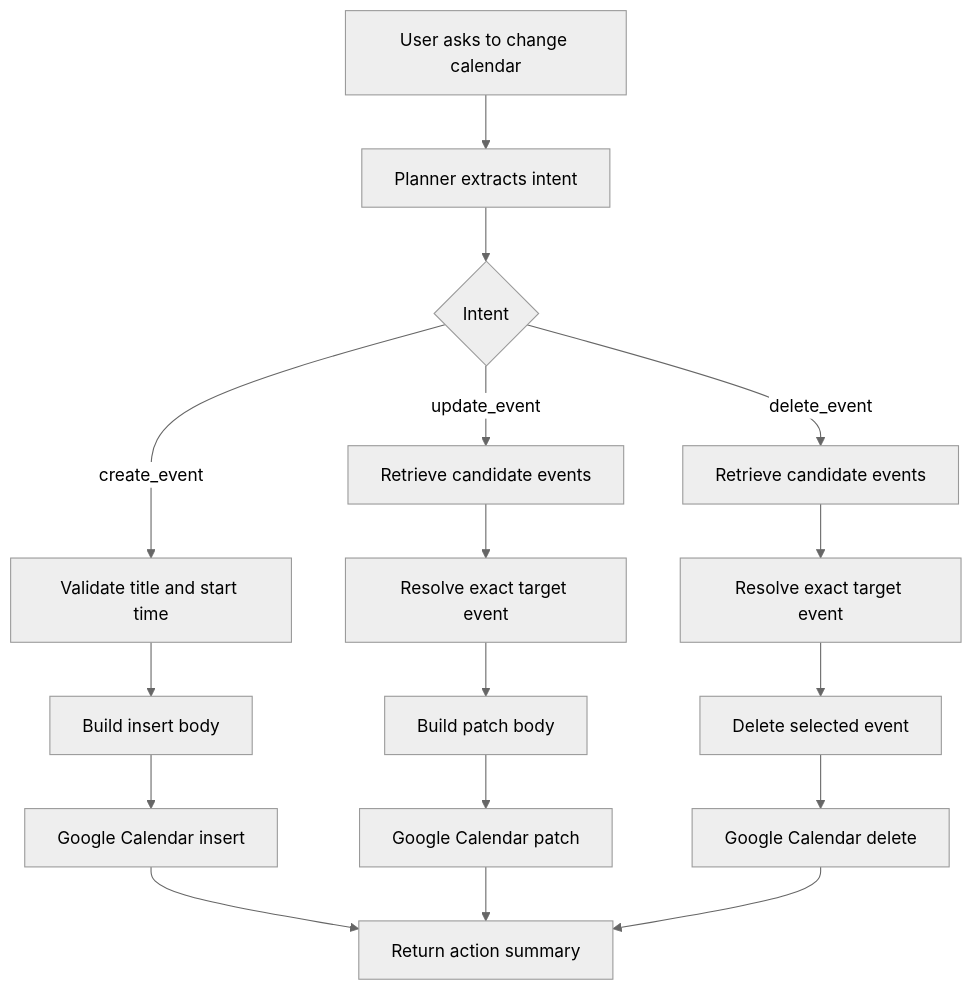
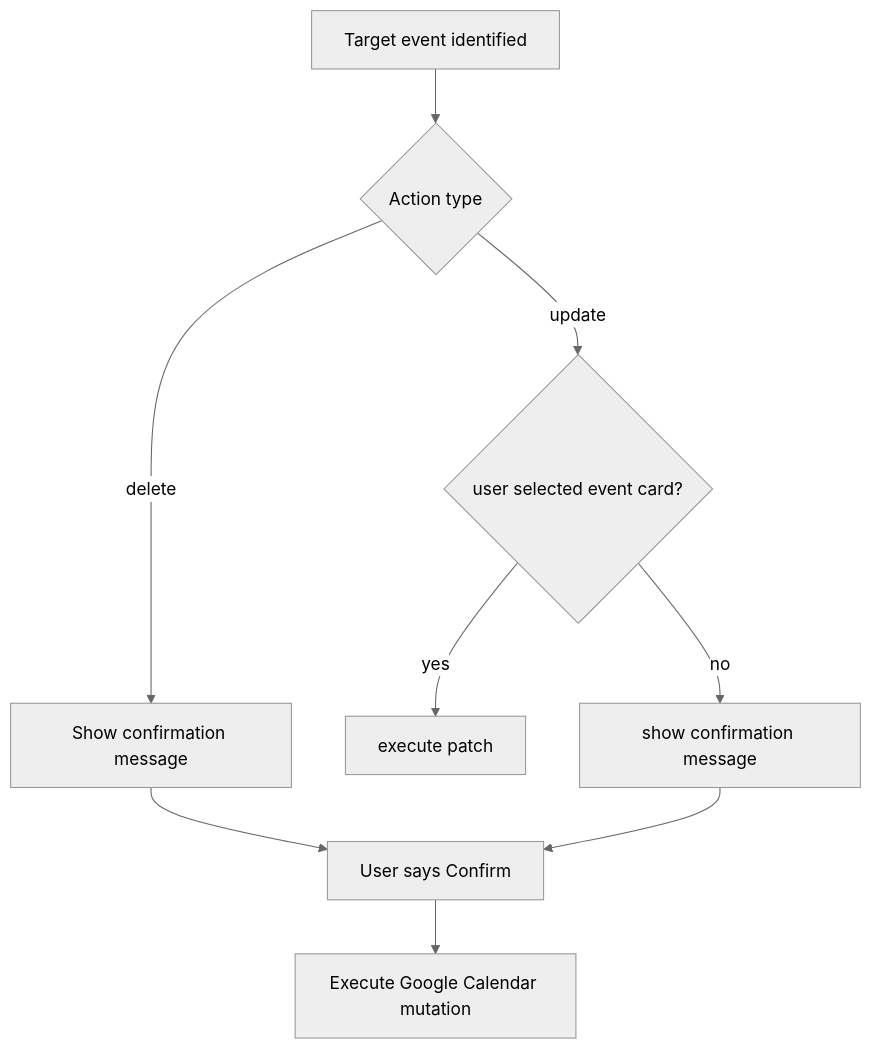
The fifth of 6 diagrams in PROJECT_DOCUMENTATION.md (rishabrkb123-collab/google-calendar-rag-chatbot), drawn with Mermaid (neutral theme) before and after one commit. The commit also changed other lines of this file and 16 other files, not shown here.

````diff
--- a/PROJECT_DOCUMENTATION.md
+++ b/PROJECT_DOCUMENTATION.md
@@ -342,19 +492,11 @@
 ```mermaid
 flowchart TD
-    A[User asks to change calendar] --> B[Planner extracts intent]
-    B --> C{Intent}
-    C -->|create_event| D[Validate title and start time]
-    C -->|update_event| E[Retrieve candidate events]
-    C -->|delete_event| F[Retrieve candidate events]
-    D --> G[Build insert body]
-    E --> H[Resolve exact target event]
-    F --> I[Resolve exact target event]
-    H --> J[Build patch body]
-    I --> K[Delete selected event]
-    G --> L[Google Calendar insert]
-    J --> M[Google Calendar patch]
-    K --> N[Google Calendar delete]
-    L --> O[Return action summary]
-    M --> O
-    N --> O
+    A[Target event identified] --> B{Action type}
+    B -->|delete| C[Show confirmation message]
+    B -->|update| D{user selected event card?}
+    D -->|yes| E[execute patch]
+    D -->|no| F[show confirmation message]
+    C --> G[User says Confirm]
+    F --> G
+    G --> H[Execute Google Calendar mutation]
 ```
````
